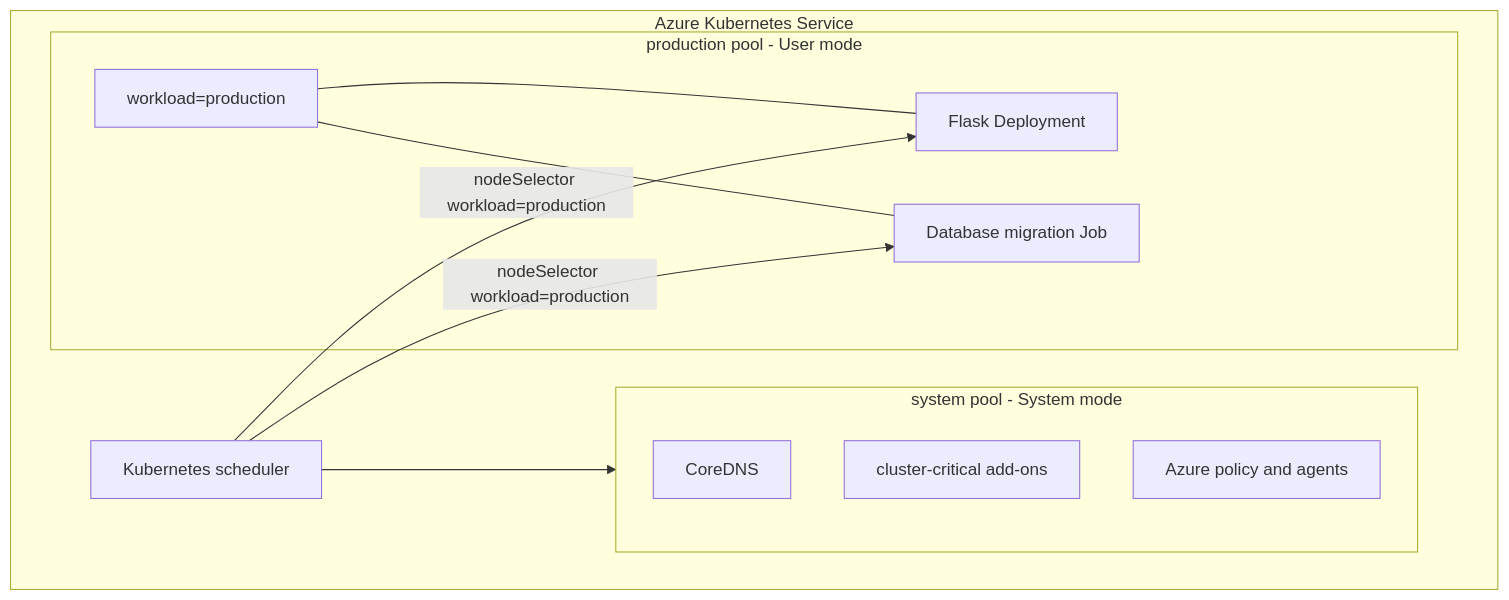
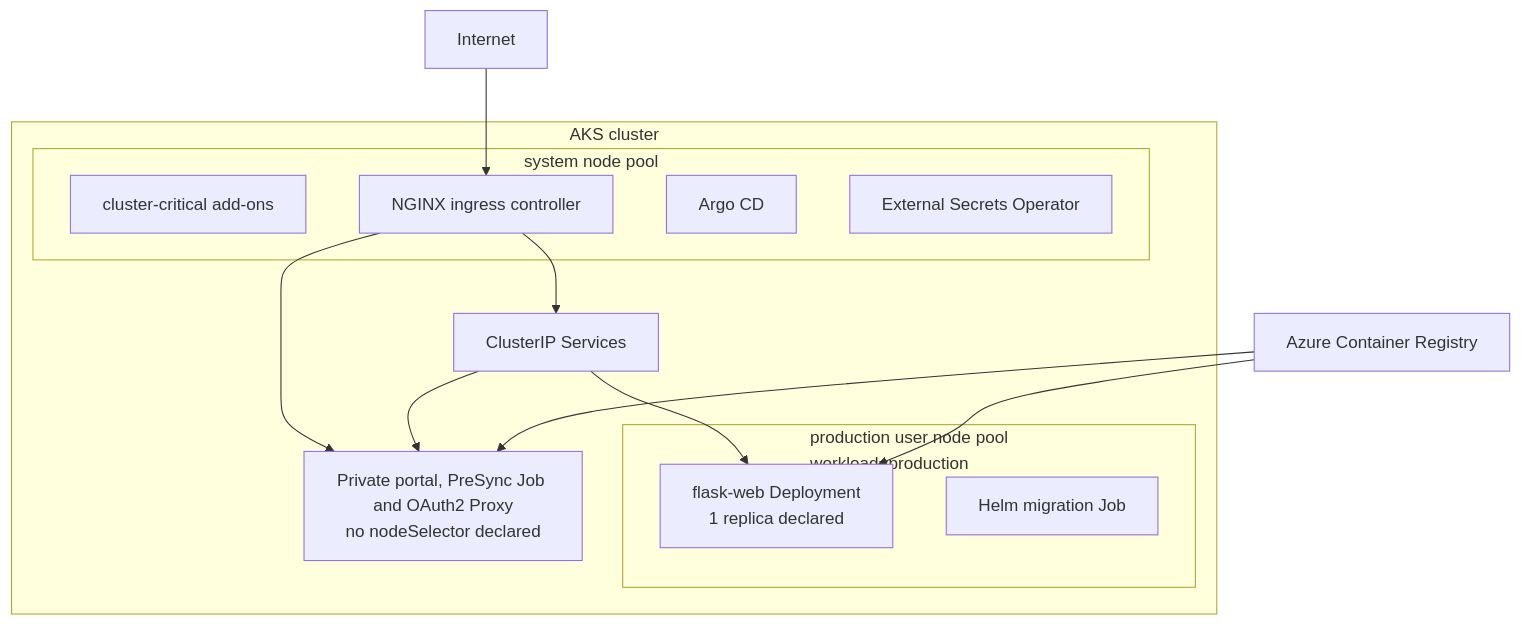
Before and after one commit to scampbell91coaching-dotcom/azure-devops-demo: the second of 6 diagrams in docs/architecture.md, drawn with Mermaid. The commit also changed other lines of this file and 7 other files, not shown here.

Commit message:
docs(platform): document architecture security and operations

````diff
--- a/docs/architecture.md
+++ b/docs/architecture.md
@@ -80,24 +55,25 @@
 ```mermaid
 flowchart TB
-    subgraph Cluster[Azure Kubernetes Service]
-        Scheduler[Kubernetes scheduler]
-
-        subgraph SystemPool[system pool - System mode]
-            CoreDNS[CoreDNS]
-            KubeSystem[cluster-critical add-ons]
-            Policy[Azure policy and agents]
-        end
-
-        subgraph ProductionPool[production pool - User mode]
-            Label[workload=production]
-            Web[Flask Deployment]
-            Job[Database migration Job]
-        end
+    Internet[Internet]
+    subgraph AKS[AKS cluster]
+      subgraph System[system node pool]
+        Addons[cluster-critical add-ons]
+        NGINX[NGINX ingress controller]
+        Argo[Argo CD]
+        ESO[External Secrets Operator]
+      end
+      subgraph User[production user node pool\nworkload=production]
+        Web[flask-web Deployment\n1 replica declared]
+        WebMigration[Helm migration Job]
+      end
+      Unpinned[Private portal, PreSync Job and OAuth2 Proxy\nno nodeSelector declared]
+      Services[ClusterIP Services]
     end
-
-    Scheduler --> SystemPool
-    Scheduler -->|nodeSelector workload=production| Web
-    Scheduler -->|nodeSelector workload=production| Job
-    Label --- Web
-    Label --- Job
+    ACR[Azure Container Registry]
+    Internet --> NGINX --> Services
+    Services --> Web
+    Services --> Unpinned
+    NGINX --> Unpinned
+    ACR --> Web
+    ACR --> Unpinned
 ```
````
